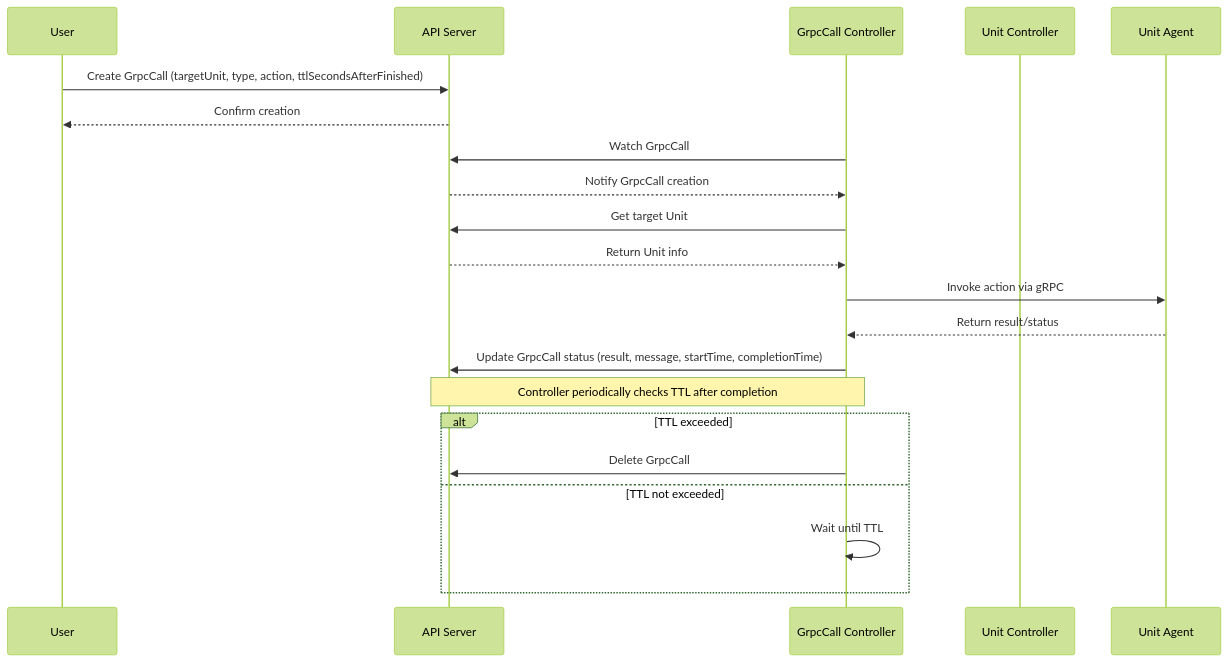
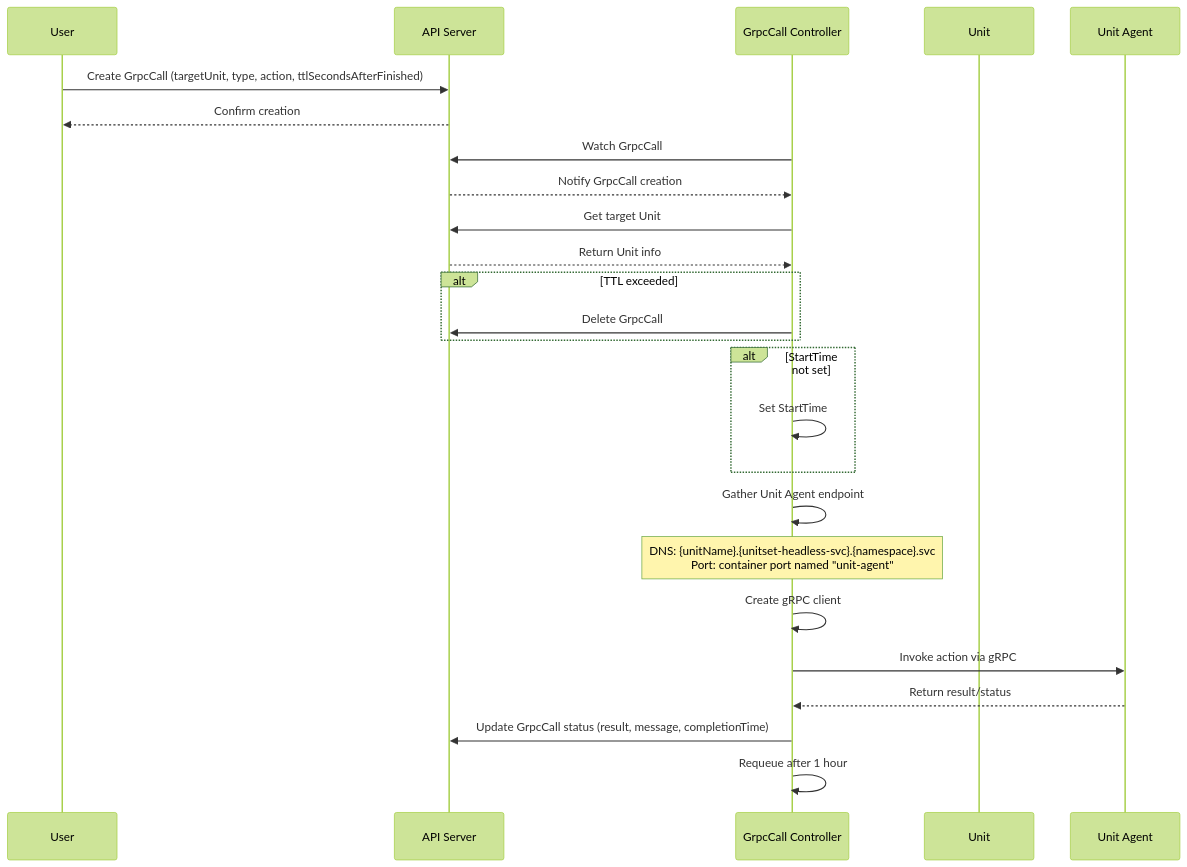
The diagram in doc/grpccall.mermaid (upmio/unit-operator), drawn with Mermaid (forest theme) before and after one commit. The commit also changed 14 other files, not shown here.

```diff
--- a/doc/grpccall.mermaid
+++ b/doc/grpccall.mermaid
@@ -1,27 +1,33 @@
 sequenceDiagram
     participant User
     participant API Server
     participant GrpcCall Controller
-    participant Unit Controller
-    participant Unit Agent
+    participant Unit
 
     User->>API Server: Create GrpcCall (targetUnit, type, action, ttlSecondsAfterFinished)
     API Server-->>User: Confirm creation
 
     GrpcCall Controller->>API Server: Watch GrpcCall
     API Server-->>GrpcCall Controller: Notify GrpcCall creation
 
     GrpcCall Controller->>API Server: Get target Unit
     API Server-->>GrpcCall Controller: Return Unit info
 
+    alt TTL exceeded
+        GrpcCall Controller->>API Server: Delete GrpcCall
+    end
+
+    alt StartTime not set
+        GrpcCall Controller->>GrpcCall Controller: Set StartTime
+    end
+
+    GrpcCall Controller->>GrpcCall Controller: Gather Unit Agent endpoint
+    Note over GrpcCall Controller: DNS: {unitName}.{unitset-headless-svc}.{namespace}.svc<br/>Port: container port named "unit-agent"
+
+    GrpcCall Controller->>GrpcCall Controller: Create gRPC client
     GrpcCall Controller->>Unit Agent: Invoke action via gRPC
     Unit Agent-->>GrpcCall Controller: Return result/status
 
-    GrpcCall Controller->>API Server: Update GrpcCall status (result, message, startTime, completionTime)
+    GrpcCall Controller->>API Server: Update GrpcCall status (result, message, completionTime)
 
-    Note over GrpcCall Controller,API Server: Controller periodically checks TTL after completion
-    alt TTL exceeded
-        GrpcCall Controller->>API Server: Delete GrpcCall
-    else TTL not exceeded
-        GrpcCall Controller->>GrpcCall Controller: Wait until TTL
-    end
+    GrpcCall Controller->>GrpcCall Controller: Requeue after 1 hour
```
